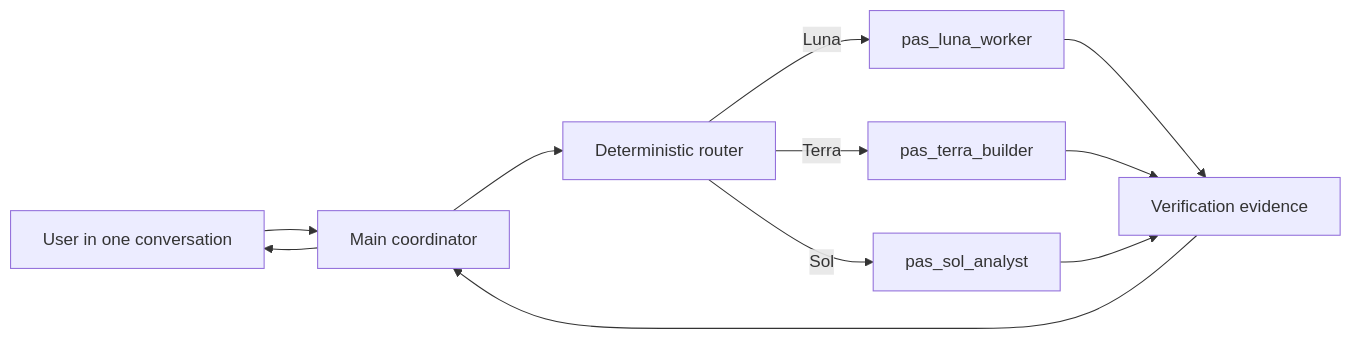
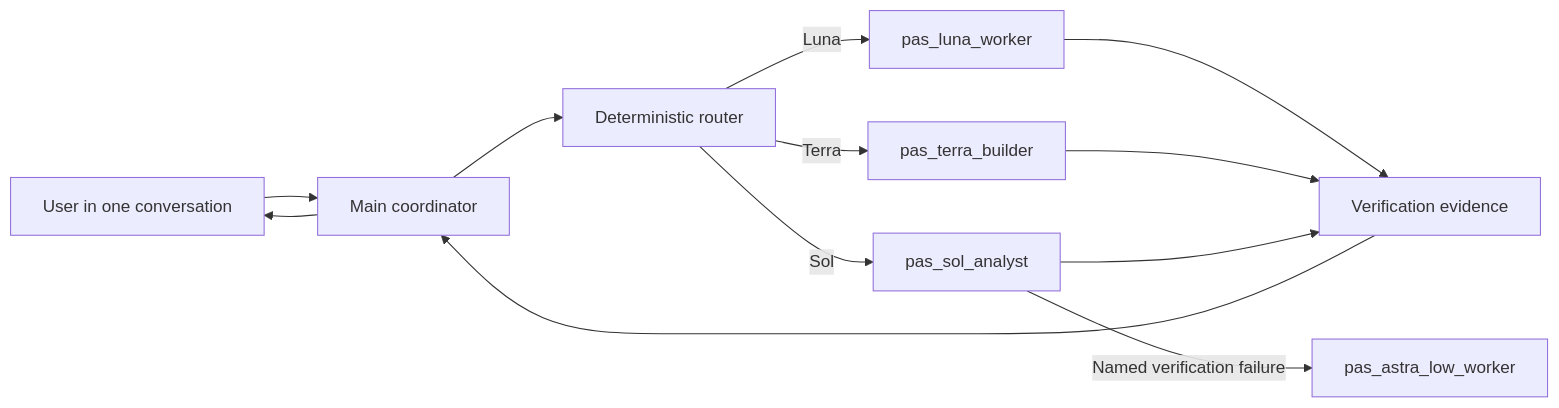
The diagram in .agents/skills/codex-model-router/README.md (FrWalou/codex-model-router), drawn with Mermaid before and after one commit. The commit also changed other lines of this file and 10 other files, not shown here.

````diff
--- a/.agents/skills/codex-model-router/README.md
+++ b/.agents/skills/codex-model-router/README.md
@@ -19,13 +20,14 @@
 ```mermaid
 flowchart LR
     U[User in one conversation] --> C[Main coordinator]
     C --> R[Deterministic router]
     R -->|Luna| L[pas_luna_worker]
     R -->|Terra| T[pas_terra_builder]
     R -->|Sol| S[pas_sol_analyst]
+    S -->|Named verification failure| A[pas_astra_low_worker]
     L --> E[Verification evidence]
     T --> E
     S --> E
     E --> C
     C --> U
 ```
````
